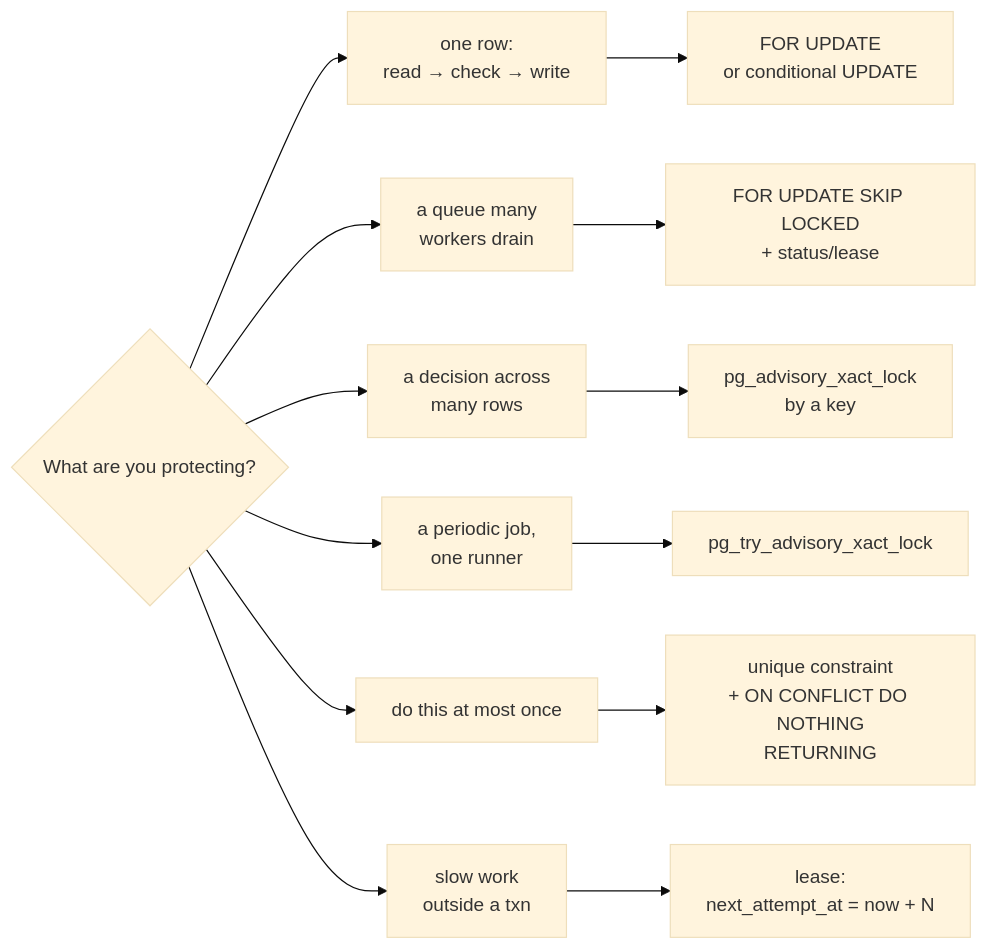
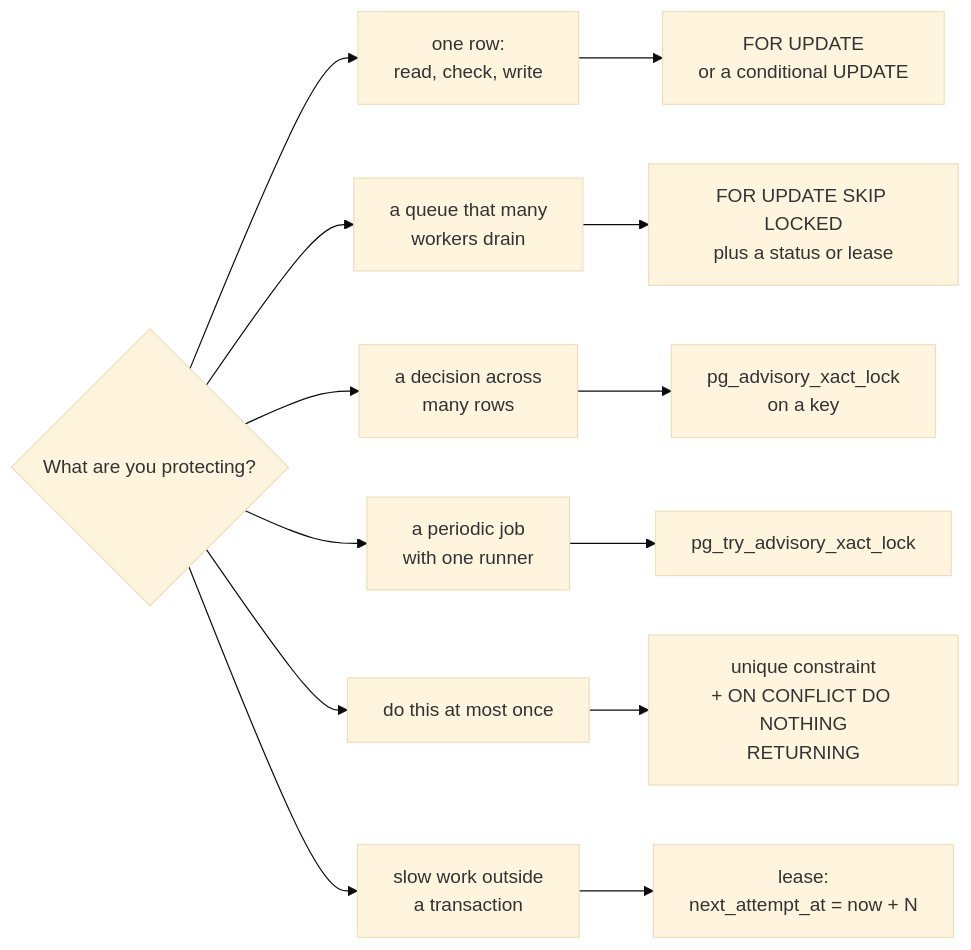
One commit to mky120799/Ticketing-System changed the first of 2 diagrams in docs/database/locking-and-concurrency.md. Above: the diagram before and after it, drawn with Mermaid (base theme). The commit also changed other lines of this file and 29 other files, not shown here.

````diff
--- a/docs/database/locking-and-concurrency.md
+++ b/docs/database/locking-and-concurrency.md
@@ -61,10 +27,10 @@
 ```mermaid
 flowchart LR
   Q{What are you protecting?}
-  Q --> A["one row:<br/>read → check → write"] --> RL["FOR UPDATE<br/>or conditional UPDATE"]
-  Q --> B["a queue many<br/>workers drain"] --> SK["FOR UPDATE SKIP LOCKED<br/>+ status/lease"]
-  Q --> C["a decision across<br/>many rows"] --> AL["pg_advisory_xact_lock<br/>by a key"]
-  Q --> D["a periodic job,<br/>one runner"] --> TL["pg_try_advisory_xact_lock"]
+  Q --> A["one row:<br/>read, check, write"] --> RL["FOR UPDATE<br/>or a conditional UPDATE"]
+  Q --> B["a queue that many<br/>workers drain"] --> SK["FOR UPDATE SKIP LOCKED<br/>plus a status or lease"]
+  Q --> C["a decision across<br/>many rows"] --> AL["pg_advisory_xact_lock<br/>on a key"]
+  Q --> D["a periodic job<br/>with one runner"] --> TL["pg_try_advisory_xact_lock"]
   Q --> E["do this at most once"] --> UQ["unique constraint<br/>+ ON CONFLICT DO NOTHING<br/>RETURNING"]
-  Q --> F["slow work<br/>outside a txn"] --> LE["lease:<br/>next_attempt_at = now + N"]
+  Q --> F["slow work outside<br/>a transaction"] --> LE["lease:<br/>next_attempt_at = now + N"]
 ```
````
